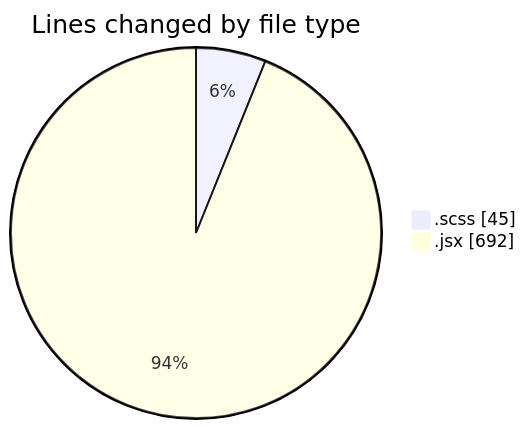
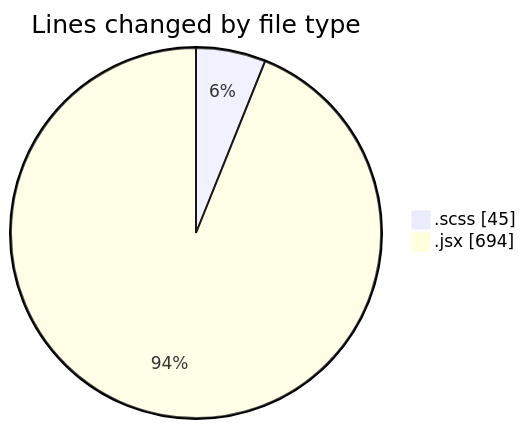
One commit to momahboobian/code-tracking changed the first of 2 diagrams in 2025-06-03/cda/README.md. Above: the diagram before and after it, drawn with Mermaid. The commit also changed other lines of this file and 1 other file, not shown here.

````diff
--- a/2025-06-03/cda/README.md
+++ b/2025-06-03/cda/README.md
@@ -22,6 +22,6 @@
 ```mermaid
 pie showData
 title Lines changed by file type
 ".scss" : 45
-".jsx" : 692
+".jsx" : 694
 ```
````
